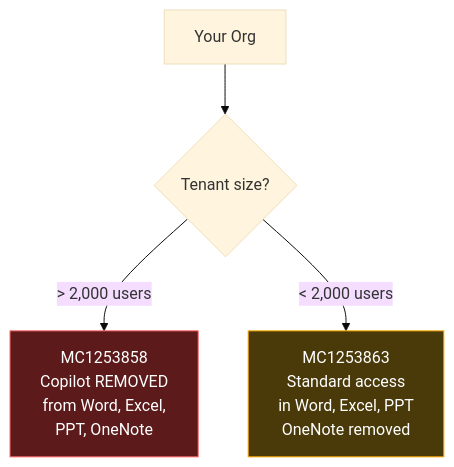
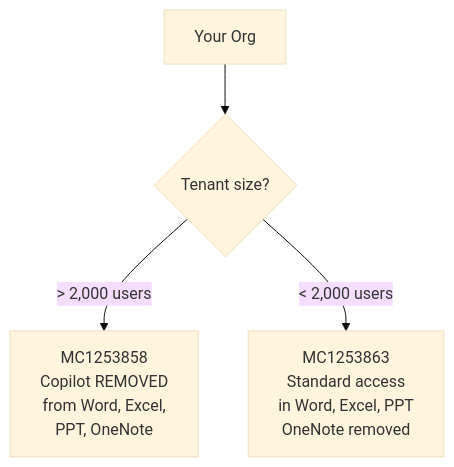
The second of 4 diagrams in content/blog/microsoft-365-copilot-chat-april-2026-changes-what-admins-need-to-know.md (susanthgit/aguidetocloud-revamp), drawn with Mermaid (base theme) before and after one commit. The commit also changed other lines of this file and 553 other files, not shown here.

First line of the commit message:
🌸 Z17: Zen Mermaid diagrams — Stripe Docs style

````diff
--- a/content/blog/microsoft-365-copilot-chat-april-2026-changes-what-admins-need-to-know.md
+++ b/content/blog/microsoft-365-copilot-chat-april-2026-changes-what-admins-need-to-know.md
@@ -78,8 +75,6 @@
 ```mermaid
 flowchart TD
     A["Your Org"] --> B{"Tenant size?"}
     B -->|"> 2,000 users"| C["MC1253858<br/>Copilot REMOVED<br/>from Word, Excel,<br/>PPT, OneNote"]
     B -->|"< 2,000 users"| D["MC1253863<br/>Standard access<br/>in Word, Excel, PPT<br/>OneNote removed"]
-    style C fill:#5c1a1a,stroke:#ff6666,color:#ffffff
-    style D fill:#4a3a0a,stroke:#ffaa00,color:#ffffff
 ```
````
